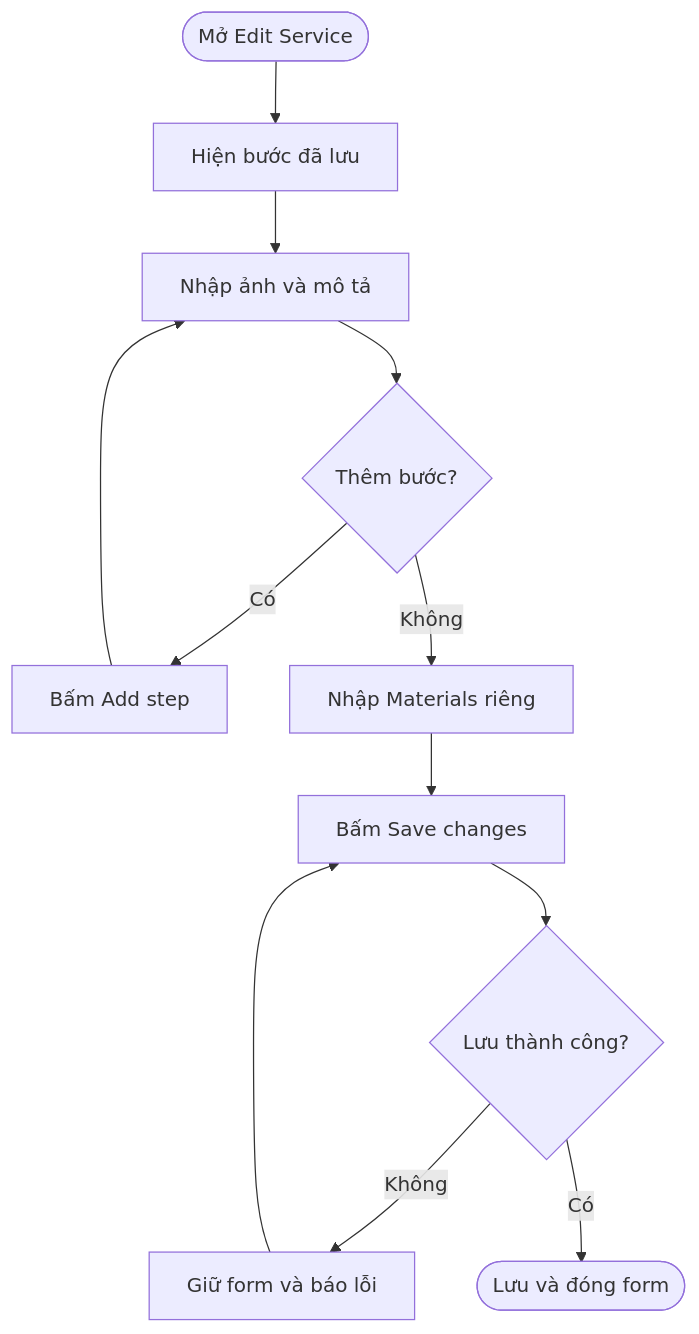
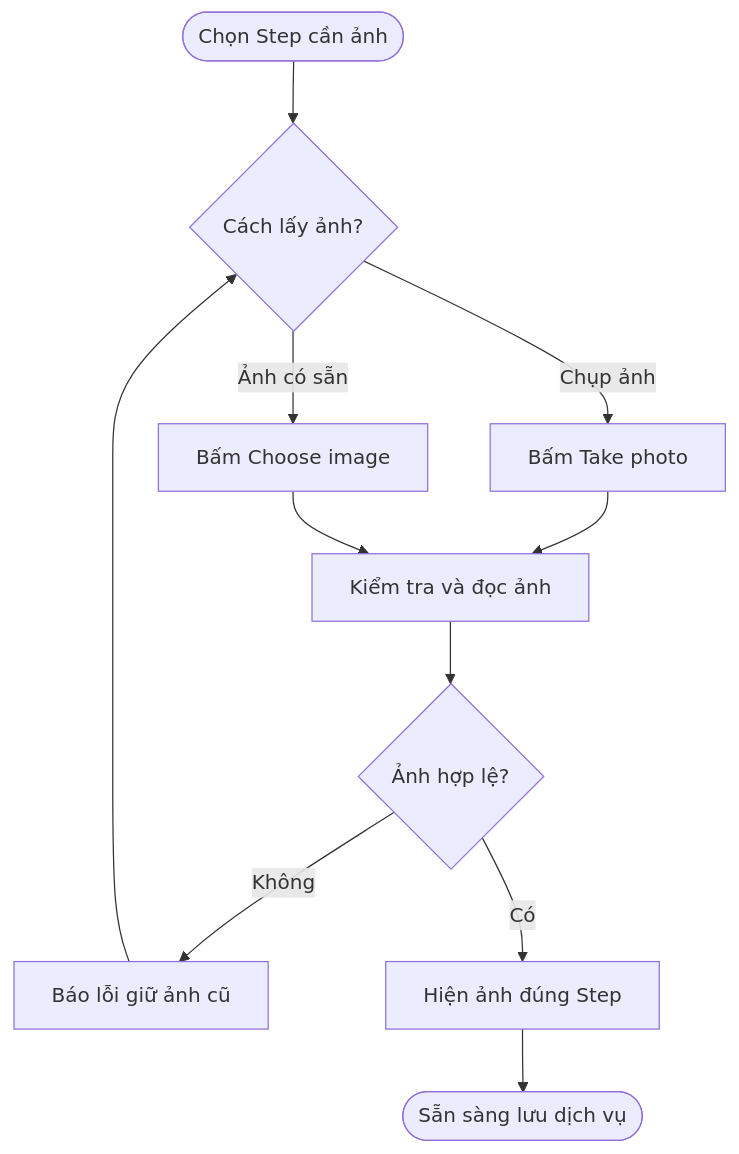
One commit to maivtn/taxiq changed the second of 4 diagrams in docs/business/service-steps-materials.md. Above: the diagram before and after it, drawn with Mermaid. The commit also changed other lines of this file, not shown here.

Commit message:
docs(pos): rewrite steps and materials user stories

````diff
--- a/docs/business/service-steps-materials.md
+++ b/docs/business/service-steps-materials.md
@@ -60,14 +112,13 @@
 ```mermaid
 flowchart TD
-    A([Mở Edit Service]) --> B[Hiện bước đã lưu]
-    B --> C[Nhập ảnh và mô tả]
-    C --> D{Thêm bước?}
-    D -- Có --> E[Bấm Add step]
-    E --> C
-    D -- Không --> F[Nhập Materials riêng]
-    F --> G[Bấm Save changes]
-    G --> H{Lưu thành công?}
-    H -- Không --> I[Giữ form và báo lỗi]
-    I --> G
-    H -- Có --> J([Lưu và đóng form])
+    A([Chọn Step cần ảnh]) --> B{Cách lấy ảnh?}
+    B -- Chụp ảnh --> C[Bấm Take photo]
+    B -- Ảnh có sẵn --> D[Bấm Choose image]
+    C --> E[Kiểm tra và đọc ảnh]
+    D --> E
+    E --> F{Ảnh hợp lệ?}
+    F -- Không --> G[Báo lỗi giữ ảnh cũ]
+    G --> B
+    F -- Có --> H[Hiện ảnh đúng Step]
+    H --> I([Sẵn sàng lưu dịch vụ])
 ```
````
